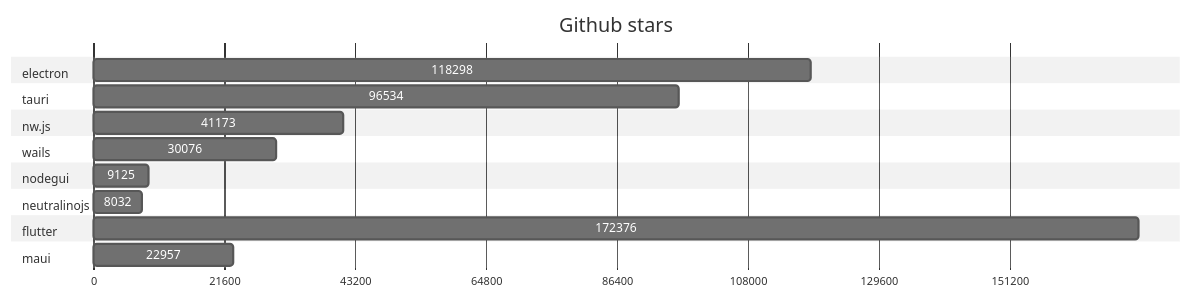
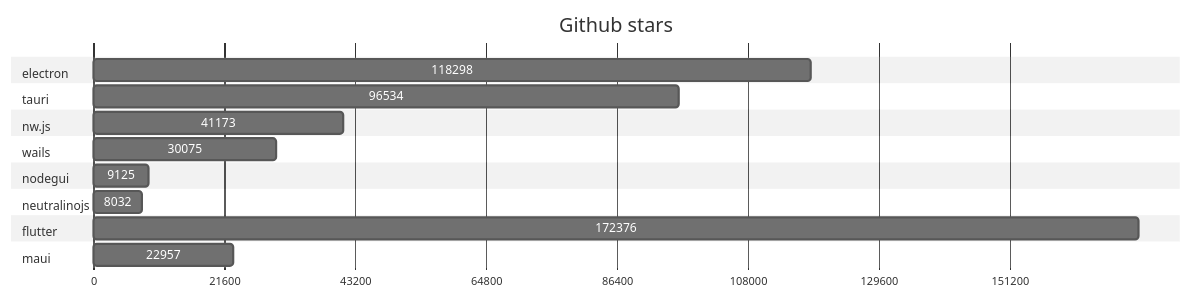
Before and after one commit to Elanis/web-to-desktop-framework-comparison: the first of 2 diagrams in GRAPHS.md, drawn with Mermaid (neutral theme). The commit also changed 1 other file, not shown here.

Commit message:
Update stars & Fork

````diff
--- a/GRAPHS.md
+++ b/GRAPHS.md
@@ -5,40 +5,40 @@
 ```mermaid
 gantt
     title Github stars
     dateFormat  X
     axisFormat %s
 
 
 	section electron
 	118298 : 0, 118298
 
 	
 	section tauri
 	96534 : 0, 96534
 
 	
 	section nw.js
 	41173 : 0, 41173
 
 	
 	section wails
-	30076 : 0, 30076
+	30075 : 0, 30075
 
 	
 	section nodegui
 	9125 : 0, 9125
 
 	
 	section neutralinojs
 	8032 : 0, 8032
 
 	
 	section flutter
 	172376 : 0, 172376
 
 	
 	section maui
 	22957 : 0, 22957
 
 	
 ```
````
